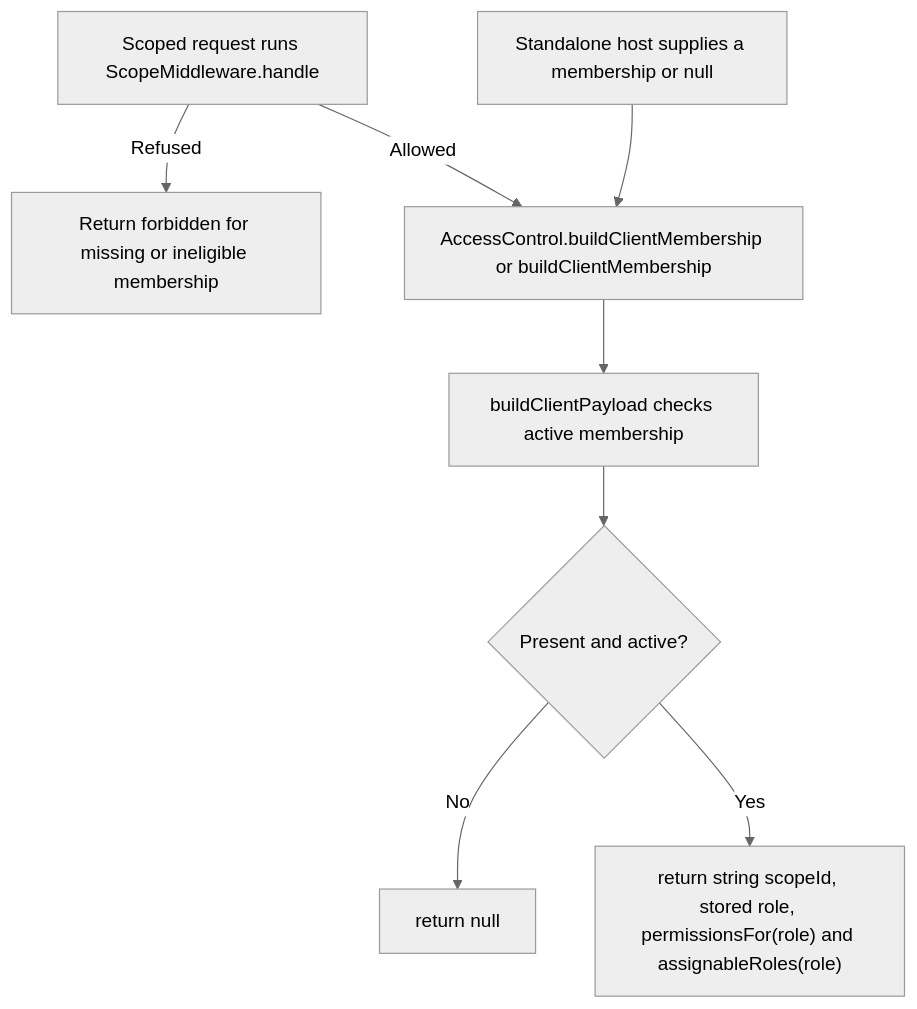
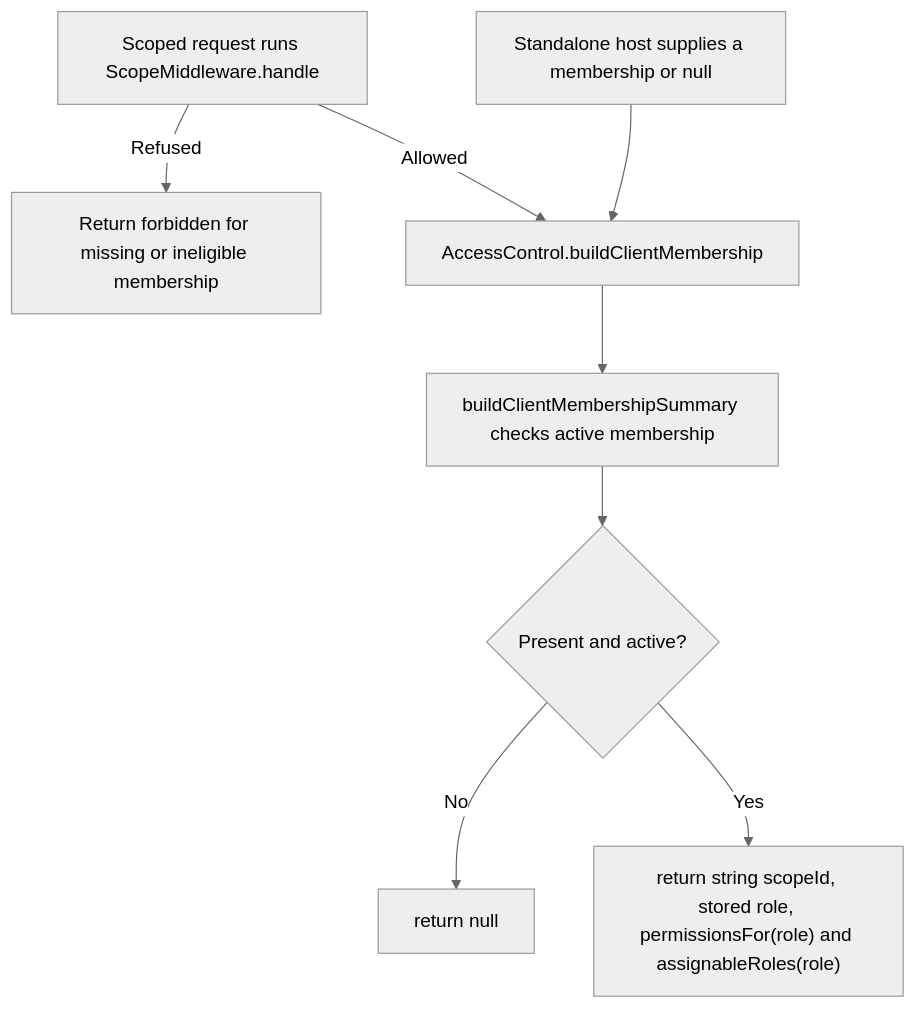
The second of 2 diagrams in user-stories/US-ACCESS-12-share-client-permissions.md (Kevinjohn/oss-adonisjs-access-control), drawn with Mermaid (neutral theme) before and after one commit. The commit also changed other lines of this file and 2 other files, not shown here.

Commit message:
Update adoption stories for Access Control API changes

````diff
--- a/user-stories/US-ACCESS-12-share-client-permissions.md
+++ b/user-stories/US-ACCESS-12-share-client-permissions.md
@@ -37,10 +37,10 @@
 ```mermaid
 flowchart TD
     R["Scoped request runs ScopeMiddleware.handle"] -->|Refused| X["Return forbidden for missing or ineligible membership"]
-    R -->|Allowed| A["AccessControl.buildClientMembership or buildClientMembership"]
+    R -->|Allowed| A["AccessControl.buildClientMembership"]
     S["Standalone host supplies a membership or null"] --> A
-    A --> B["buildClientPayload checks active membership"]
+    A --> B["buildClientMembershipSummary checks active membership"]
     B --> C{"Present and active?"}
     C -->|No| D["return null"]
     C -->|Yes| E["return string scopeId, stored role, permissionsFor(role) and assignableRoles(role)"]
 ```
````
